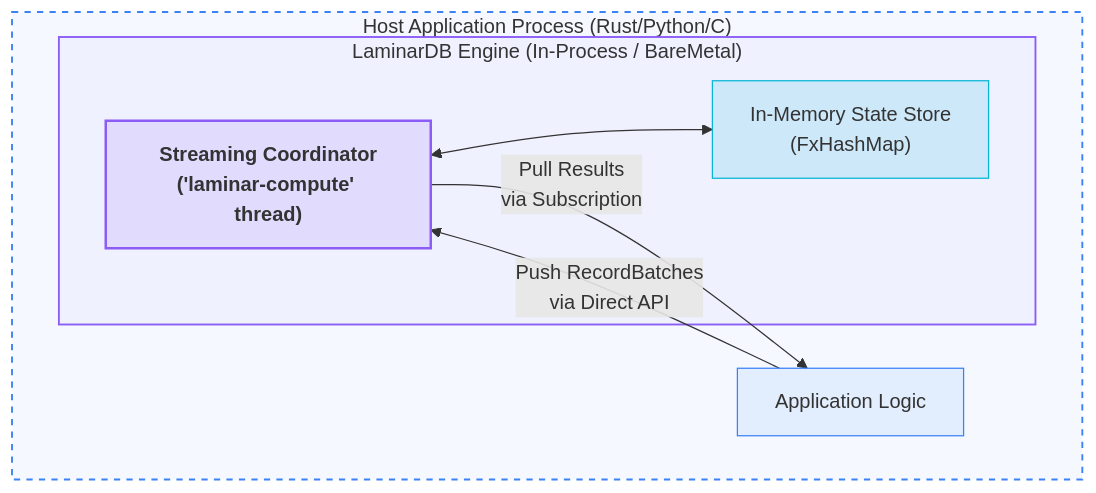
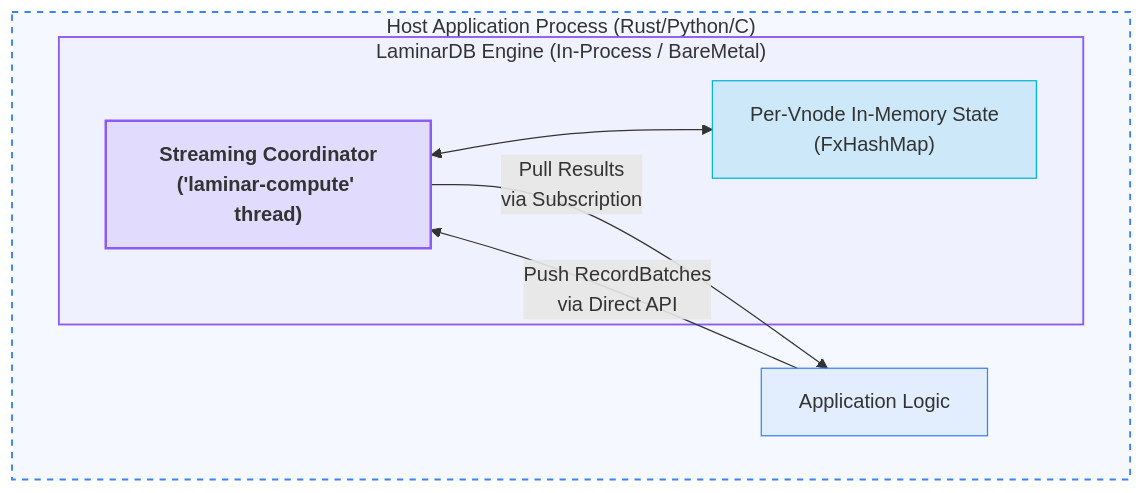
One commit to laminardb/laminardb changed the first of 5 diagrams in README.md. Above: the diagram before and after it, drawn with Mermaid. The commit also changed other lines of this file and 64 other files, not shown here.

````diff
--- a/README.md
+++ b/README.md
@@ -472,21 +471,21 @@
 ```mermaid
 graph TD
     classDef hostClass fill:#3b82f6,fill-opacity:0.1,stroke:#3b82f6,stroke-width:1px;
     classDef appClass fill:#3b82f6,fill-opacity:0.1,stroke:#3b82f6,stroke-width:1px;
     classDef coordClass fill:#8b5cf6,fill-opacity:0.15,stroke:#8b5cf6,stroke-width:2px,font-weight:bold;
     classDef stateClass fill:#06b6d4,fill-opacity:0.15,stroke:#06b6d4,stroke-width:1px;
 
     subgraph HostApp["Host Application Process (Rust/Python/C)"]
         App["Application Logic"]:::appClass
         subgraph Engine["LaminarDB Engine (In-Process / BareMetal)"]
             Coord["Streaming Coordinator<br/>('laminar-compute' thread)"]:::coordClass
-            InMemState["In-Memory State Store<br/>(FxHashMap)"]:::stateClass
+            InMemState["Per-Vnode In-Memory State<br/>(FxHashMap)"]:::stateClass
             Coord <--> InMemState
         end
         App -->|"Push RecordBatches<br/>via Direct API"| Coord
         Coord -->|"Pull Results<br/>via Subscription"| App
     end
 
     style HostApp fill:#3b82f6,fill-opacity:0.05,stroke:#3b82f6,stroke-width:1.5px,stroke-dasharray: 5 5
     style Engine fill:#8b5cf6,fill-opacity:0.05,stroke:#8b5cf6,stroke-width:1.5px
 ```
````
